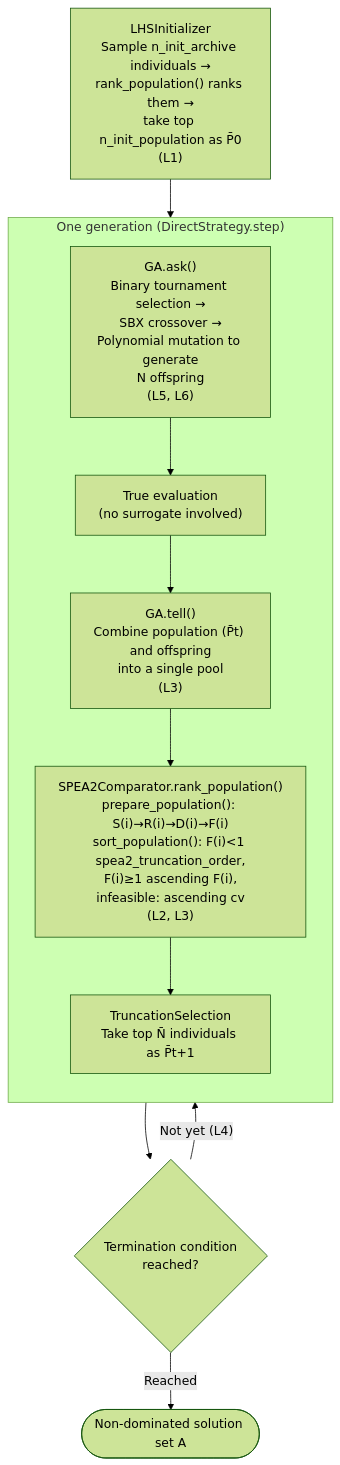
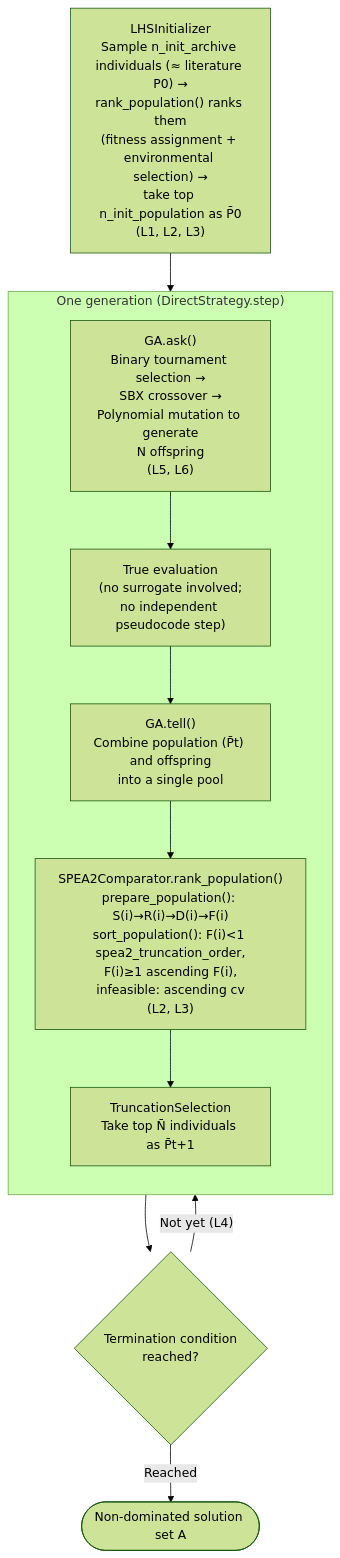
Before and after one commit to shlka/saealib: the diagram in docs/algorithms/spea2.md, drawn with Mermaid (forest theme). The commit also changed other lines of this file and 5 other files, not shown here.

````diff
--- a/docs/algorithms/spea2.md
+++ b/docs/algorithms/spea2.md
@@ -51,14 +51,14 @@
 ```{mermaid}
 flowchart TD
-    INIT["LHSInitializer<br/>Sample n_init_archive individuals →<br/>rank_population() ranks them →<br/>take top n_init_population as P̄0<br/>(L1)"] --> GEN
+    INIT["LHSInitializer<br/>Sample n_init_archive individuals (≈ literature P0) →<br/>rank_population() ranks them<br/>(fitness assignment + environmental selection) →<br/>take top n_init_population as P̄0<br/>(L1, L2, L3)"] --> GEN
     subgraph GEN["One generation (DirectStrategy.step)"]
         direction TB
-        ASK["GA.ask()<br/>Binary tournament selection →<br/>SBX crossover →<br/>Polynomial mutation to generate<br/>N offspring<br/>(L5, L6)"] --> EVAL["True evaluation<br/>(no surrogate involved)"]
-        EVAL --> COMB["GA.tell()<br/>Combine population (P̄t) and offspring<br/>into a single pool<br/>(L3)"]
+        ASK["GA.ask()<br/>Binary tournament selection →<br/>SBX crossover →<br/>Polynomial mutation to generate<br/>N offspring<br/>(L5, L6)"] --> EVAL["True evaluation<br/>(no surrogate involved;<br/>no independent pseudocode step)"]
+        EVAL --> COMB["GA.tell()<br/>Combine population (P̄t) and offspring<br/>into a single pool"]
         COMB --> RANK["SPEA2Comparator.rank_population()<br/>prepare_population(): S(i)→R(i)→D(i)→F(i)<br/>sort_population(): F(i)&lt;1 spea2_truncation_order,<br/>F(i)≥1 ascending F(i),<br/>infeasible: ascending cv<br/>(L2, L3)"]
         RANK --> TRUNC["TruncationSelection<br/>Take top N̄ individuals as P̄t+1"]
     end
     GEN --> TERM{"Termination condition<br/>reached?"}
     TERM -- "Not yet (L4)" --> GEN
     TERM -- "Reached" --> RESULT(["Non-dominated solution set A"])
 ```
````
